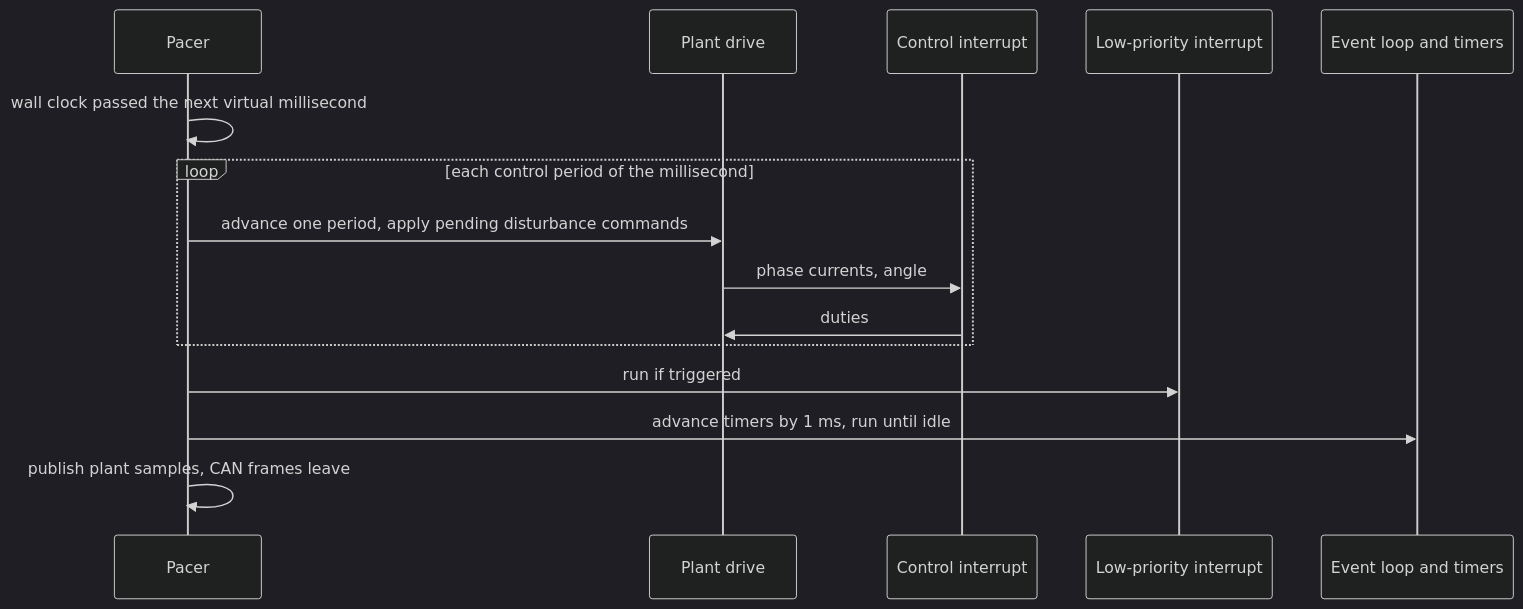
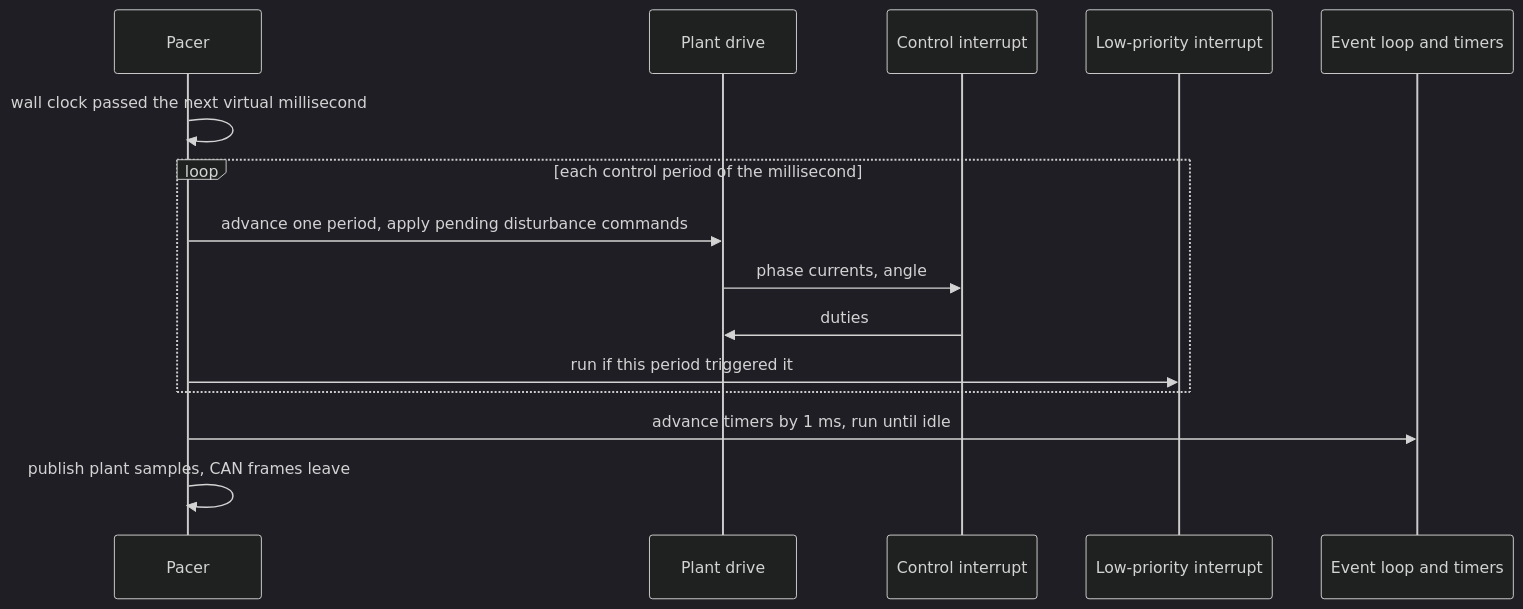
One commit to embedded-pro/e-foc changed the second of 3 diagrams in documentation/design/virtual-motor.md. Above: the diagram before and after it, drawn with Mermaid (dark theme). The commit also changed other lines of this file and 52 other files, not shown here.

````diff
--- a/documentation/design/virtual-motor.md
+++ b/documentation/design/virtual-motor.md
@@ -165,17 +168,17 @@
 ```mermaid
 sequenceDiagram
     participant Pacer
     participant Plant as Plant drive
     participant ISR as Control interrupt
     participant LPI as Low-priority interrupt
     participant Events as Event loop and timers
     Pacer->>Pacer: wall clock passed the next virtual millisecond
     loop each control period of the millisecond
         Pacer->>Plant: advance one period, apply pending disturbance commands
         Plant->>ISR: phase currents, angle
         ISR->>Plant: duties
+        Pacer->>LPI: run if this period triggered it
     end
-    Pacer->>LPI: run if triggered
     Pacer->>Events: advance timers by 1 ms, run until idle
     Pacer->>Pacer: publish plant samples, CAN frames leave
 ```
````
